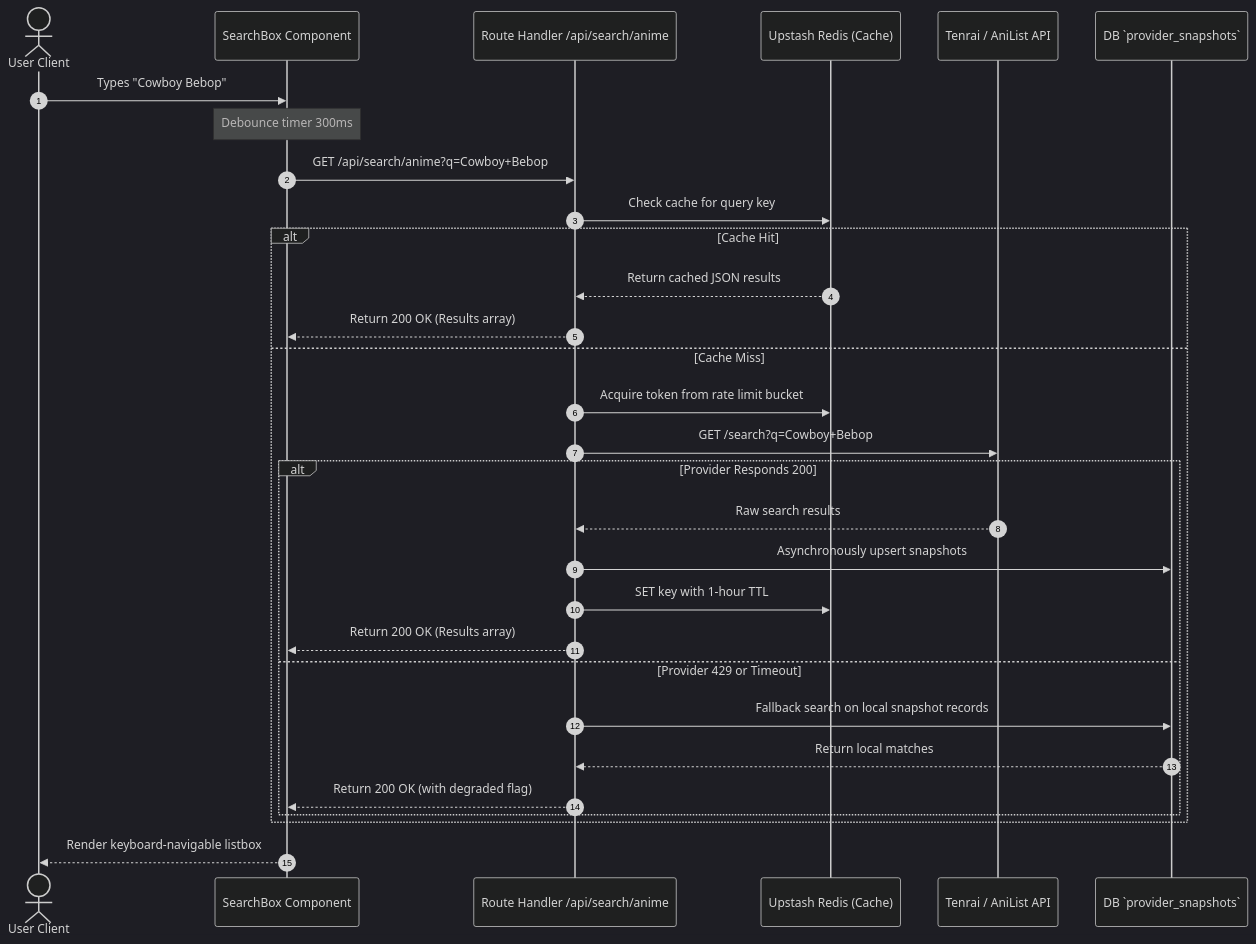
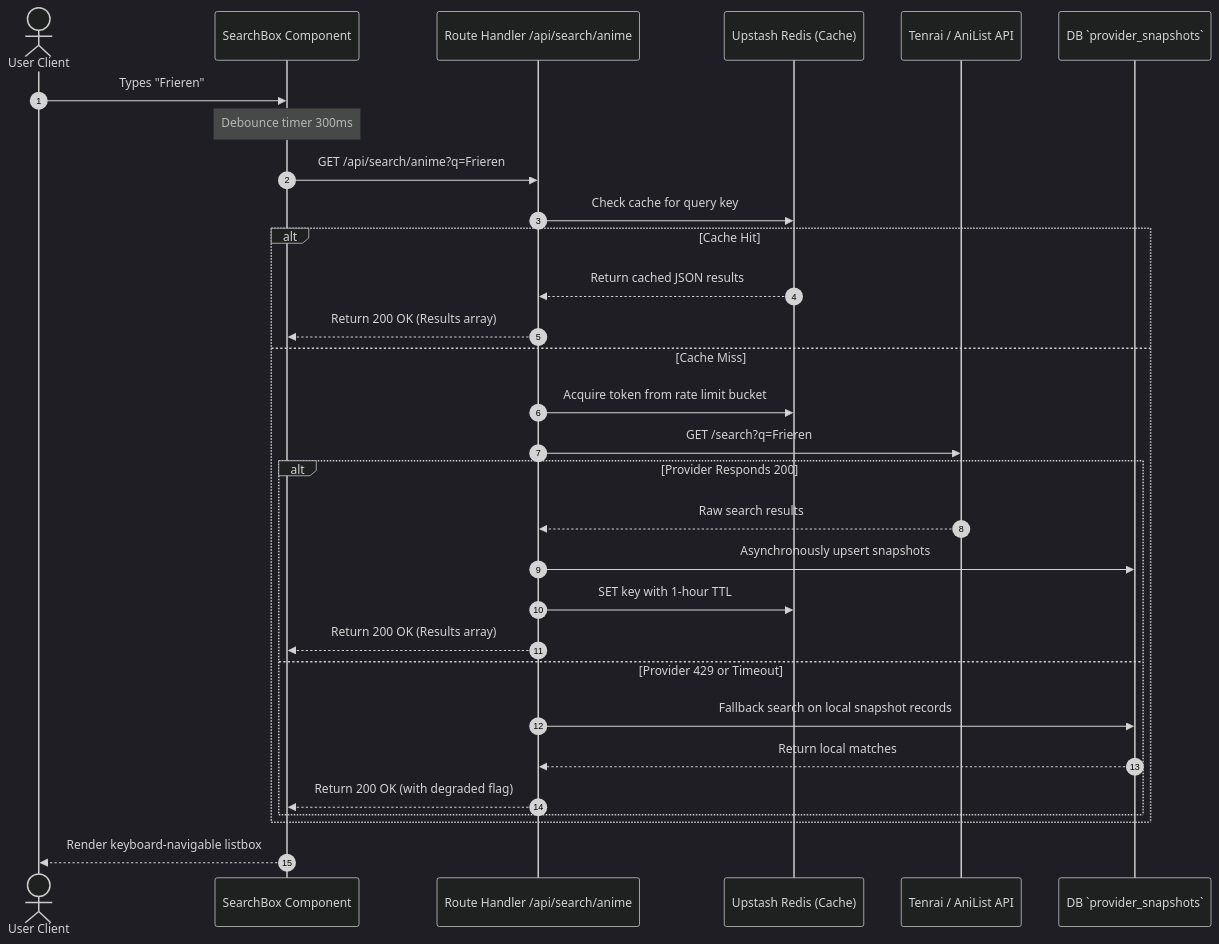
One commit to Dhruv-Patel-2007/Anivio changed the second of 6 diagrams in docs/PRODUCT_SPEC.md. Above: the diagram before and after it, drawn with Mermaid (dark theme). The commit also changed other lines of this file, not shown here.

````diff
--- a/docs/PRODUCT_SPEC.md
+++ b/docs/PRODUCT_SPEC.md
@@ -172,33 +192,33 @@
 ```mermaid
 sequenceDiagram
     autonumber
     actor User as User Client
     participant SearchBox as SearchBox Component
     participant API as Route Handler /api/search/anime
     participant Redis as Upstash Redis (Cache)
     participant Provider as Tenrai / AniList API
     participant Snapshots as DB `provider_snapshots`
 
-    User->>SearchBox: Types "Cowboy Bebop"
+    User->>SearchBox: Types "Frieren"
     Note over SearchBox: Debounce timer 300ms
-    SearchBox->>API: GET /api/search/anime?q=Cowboy+Bebop
+    SearchBox->>API: GET /api/search/anime?q=Frieren
     API->>Redis: Check cache for query key
     alt Cache Hit
         Redis-->>API: Return cached JSON results
         API-->>SearchBox: Return 200 OK (Results array)
     else Cache Miss
         API->>Redis: Acquire token from rate limit bucket
-        API->>Provider: GET /search?q=Cowboy+Bebop
+        API->>Provider: GET /search?q=Frieren
         alt Provider Responds 200
             Provider-->>API: Raw search results
             API->>Snapshots: Asynchronously upsert snapshots
             API->>Redis: SET key with 1-hour TTL
             API-->>SearchBox: Return 200 OK (Results array)
         else Provider 429 or Timeout
             API->>Snapshots: Fallback search on local snapshot records
             Snapshots-->>API: Return local matches
             API-->>SearchBox: Return 200 OK (with degraded flag)
         end
     end
     SearchBox-->>User: Render keyboard-navigable listbox
 ```
````
